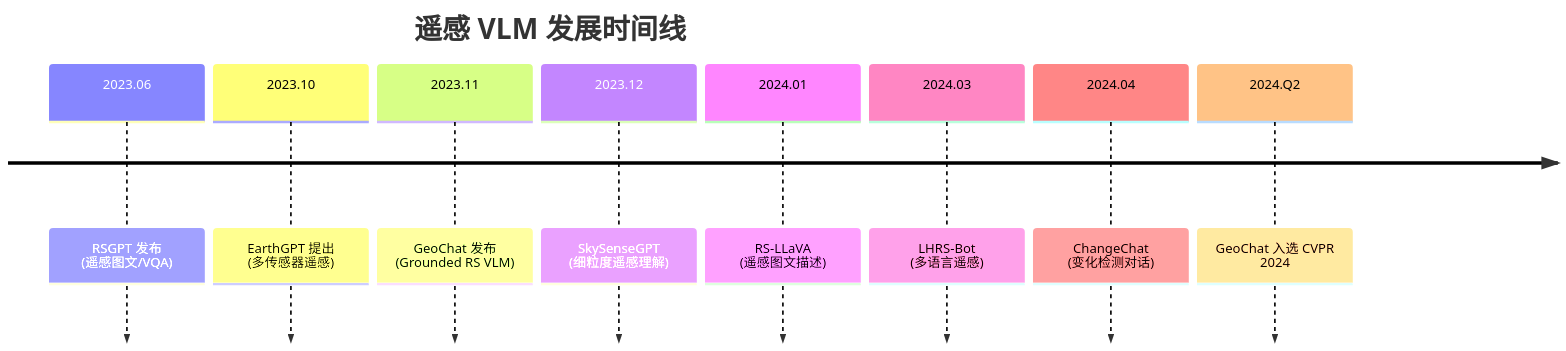
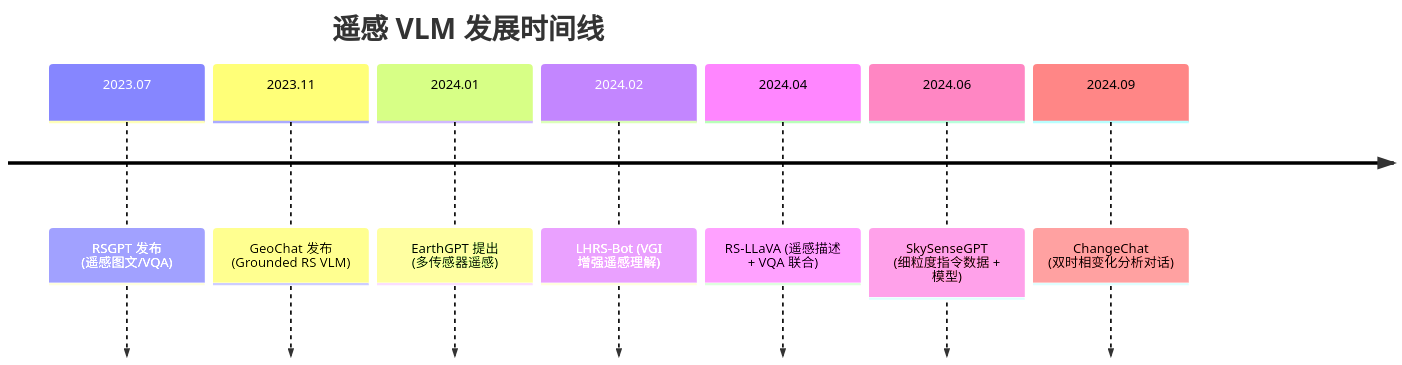
The first of 4 diagrams in docs/04-VLM专题/01-遥感VLM.md (Qxy661/UAV-WM-VLA-Learning), drawn with Mermaid before and after one commit. The commit also changed other lines of this file and 53 other files, not shown here.

````diff
--- a/docs/04-VLM专题/01-遥感VLM.md
+++ b/docs/04-VLM专题/01-遥感VLM.md
@@ -21,12 +21,11 @@
 ```mermaid
 timeline
     title 遥感 VLM 发展时间线
-    2023.06 : RSGPT 发布 (遥感图文/VQA)
-    2023.10 : EarthGPT 提出 (多传感器遥感)
+    2023.07 : RSGPT 发布 (遥感图文/VQA)
     2023.11 : GeoChat 发布 (Grounded RS VLM)
-    2023.12 : SkySenseGPT (细粒度遥感理解)
-    2024.01 : RS-LLaVA (遥感图文描述)
-    2024.03 : LHRS-Bot (多语言遥感)
-    2024.04 : ChangeChat (变化检测对话)
-    2024.Q2 : GeoChat 入选 CVPR 2024
+    2024.01 : EarthGPT 提出 (多传感器遥感)
+    2024.02 : LHRS-Bot (VGI 增强遥感理解)
+    2024.04 : RS-LLaVA (遥感描述 + VQA 联合)
+    2024.06 : SkySenseGPT (细粒度指令数据 + 模型)
+    2024.09 : ChangeChat (双时相变化分析对话)
 ```
````
